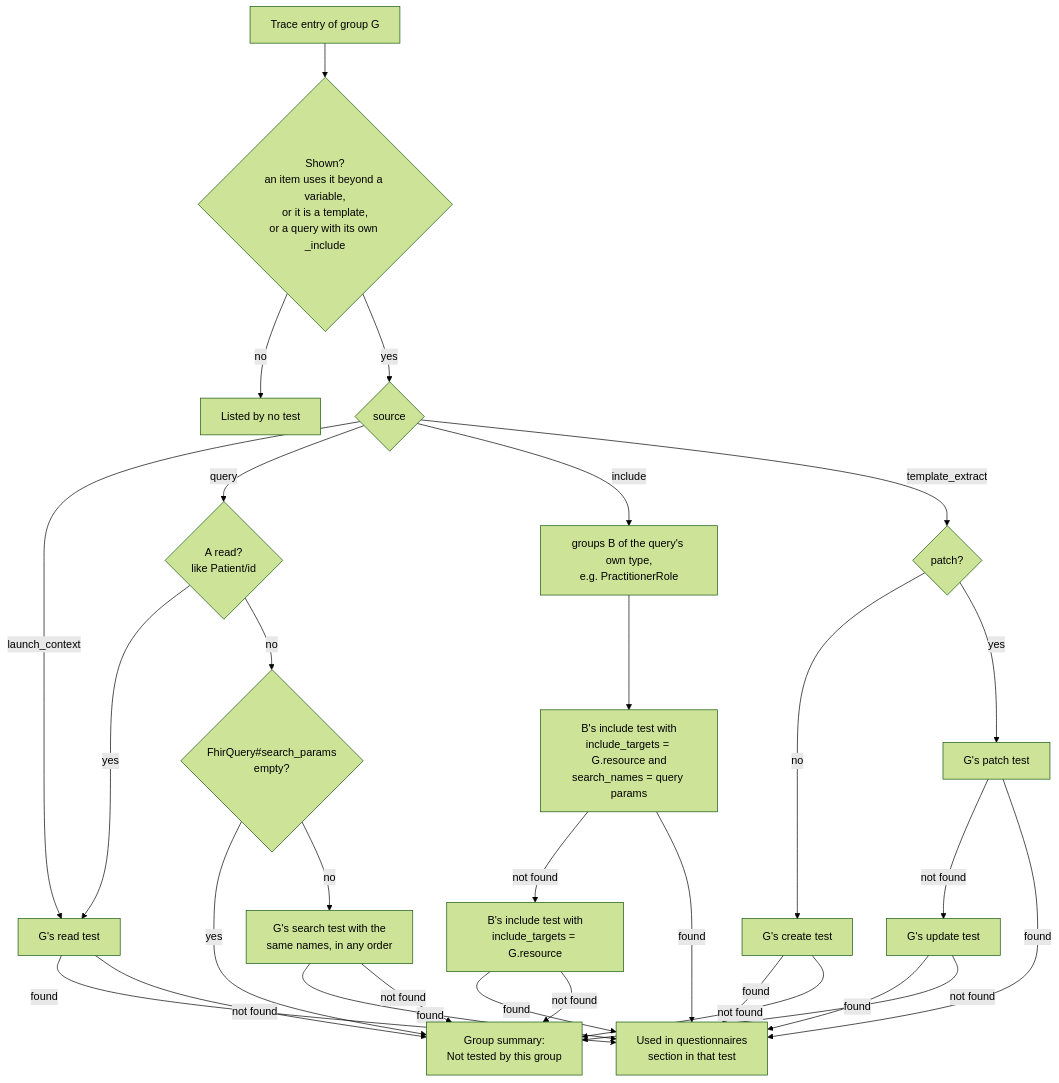
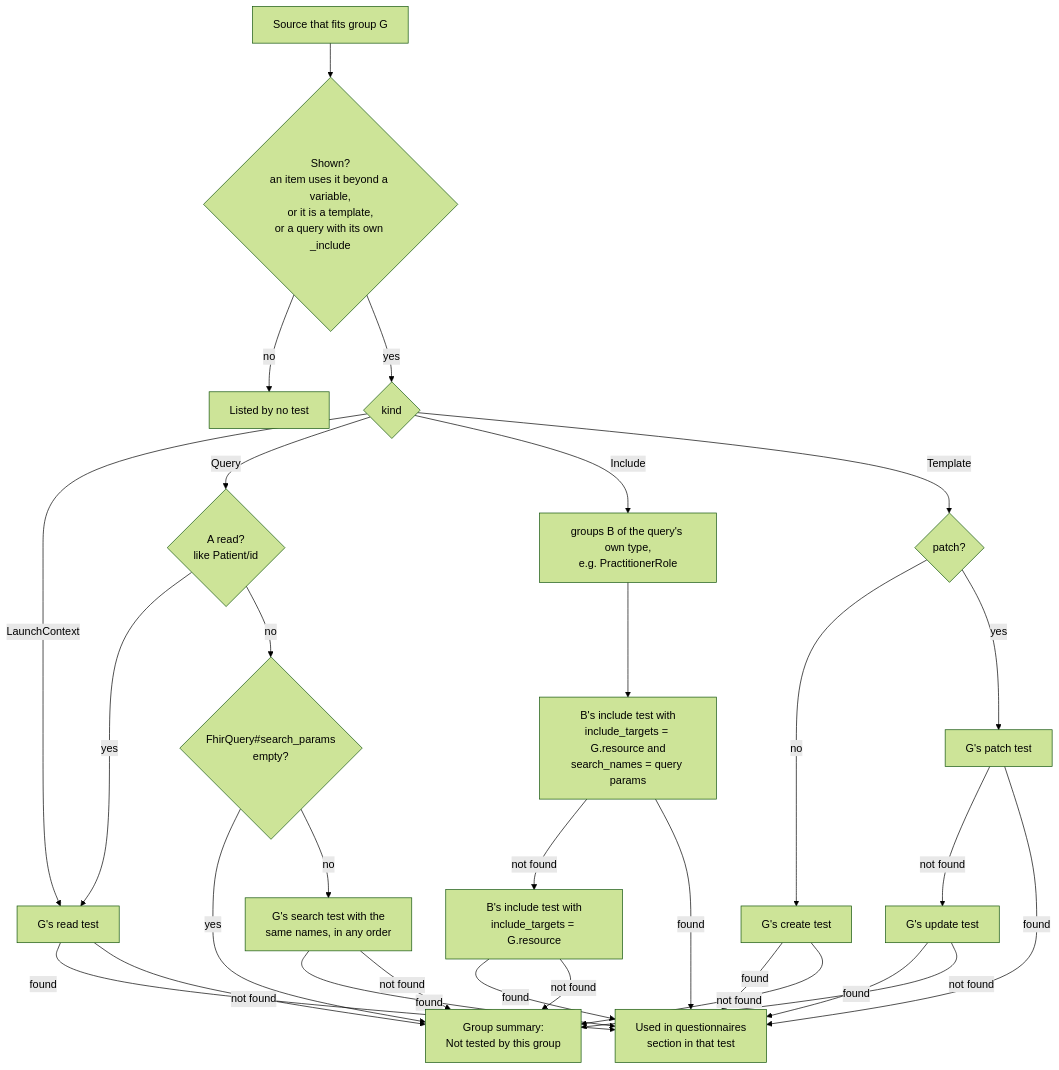
The fourth of 5 diagrams in documentation/questionnaire_usage_tracing.md (hl7au/inferno_suite_generator), drawn with Mermaid (forest theme) before and after one commit. The commit also changed other lines of this file and 28 other files, not shown here.

````diff
--- a/documentation/questionnaire_usage_tracing.md
+++ b/documentation/questionnaire_usage_tracing.md
@@ -183,36 +147,36 @@
 ```mermaid
 flowchart TD
-    entry["Trace entry of group G"] --> shown{"Shown?<br/>an item uses it beyond a variable,<br/>or it is a template,<br/>or a query with its own _include"}
+    entry["Source that fits group G"] --> shown{"Shown?<br/>an item uses it beyond a variable,<br/>or it is a template,<br/>or a query with its own _include"}
     shown -- no --> hidden["Listed by no test"]
-    shown -- yes --> source{"source"}
+    shown -- yes --> source{"kind"}
 
-    source -- launch_context --> read["G's read test"]
-    source -- query --> isread{"A read?<br/>like Patient/id"}
+    source -- LaunchContext --> read["G's read test"]
+    source -- Query --> isread{"A read?<br/>like Patient/id"}
     isread -- yes --> read
     isread -- no --> params{"FhirQuery#search_params<br/>empty?"}
     params -- yes --> none
     params -- no --> search["G's search test with the<br/>same names, in any order"]
 
-    source -- include --> base["groups B of the query's own type,<br/>e.g. PractitionerRole"]
+    source -- Include --> base["groups B of the query's own type,<br/>e.g. PractitionerRole"]
     base --> exact["B's include test with<br/>include_targets = G.resource and<br/>search_names = query params"]
     exact -- not found --> anyinc["B's include test with<br/>include_targets = G.resource"]
 
-    source -- template_extract --> patch{"patch?"}
+    source -- Template --> patch{"patch?"}
     patch -- no --> create["G's create test"]
     patch -- yes --> patchtest["G's patch test"]
     patchtest -- not found --> update["G's update test"]
 
     read -- found --> section["Used in questionnaires<br/>section in that test"]
     search -- found --> section
     exact -- found --> section
     anyinc -- found --> section
     create -- found --> section
     patchtest -- found --> section
     update -- found --> section
 
     read -- not found --> none["Group summary:<br/>Not tested by this group"]
     search -- not found --> none
     anyinc -- not found --> none
     create -- not found --> none
     update -- not found --> none
 ```
````
